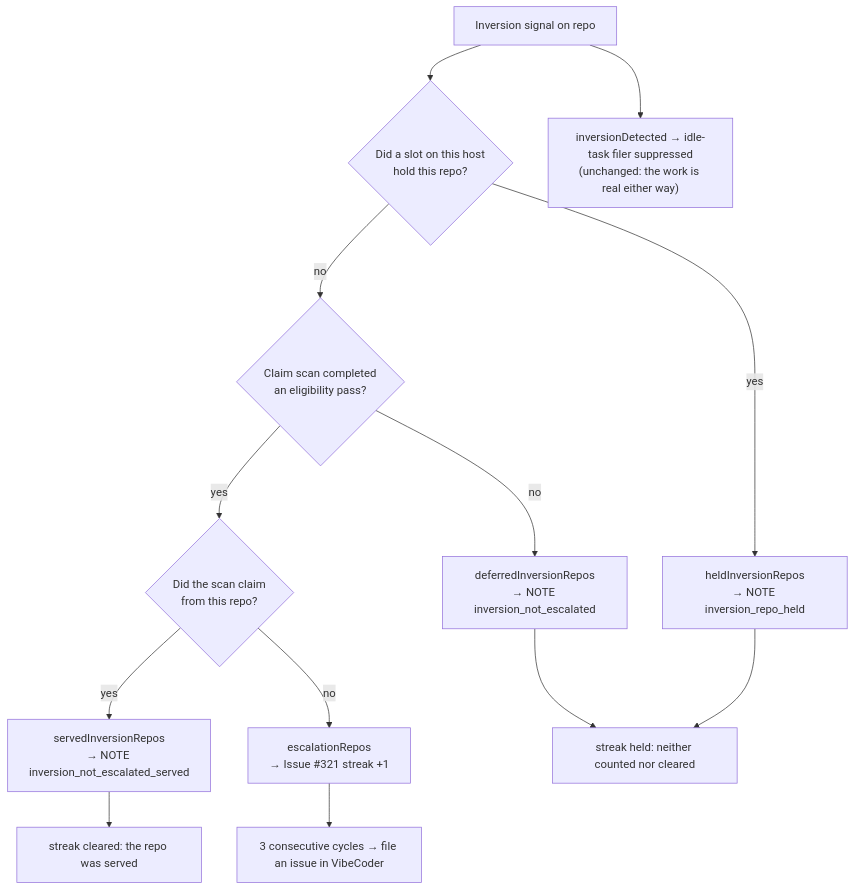
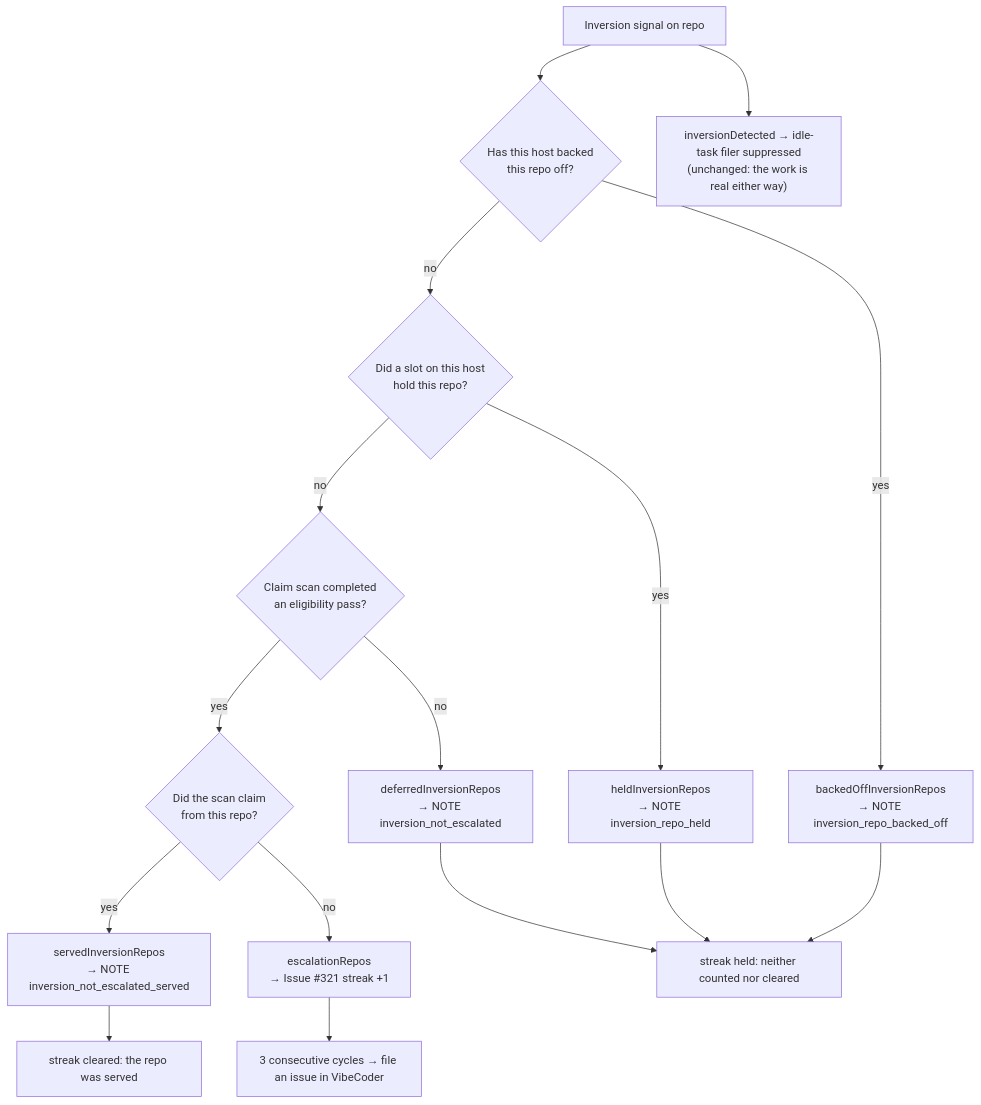
Before and after one commit to stSoftwareAU/VibeCoder: the seventh of 20 diagrams in docs/IDLE-TASK-FRAMEWORK.md, drawn with Mermaid. The commit also changed other lines of this file and 4 other files, not shown here.

First line of the commit message:
Tell the idle census which repos this host backed off (Issue #2085)

````diff
--- a/docs/IDLE-TASK-FRAMEWORK.md
+++ b/docs/IDLE-TASK-FRAMEWORK.md
@@ -1059,15 +1059,18 @@
 ```mermaid
 flowchart TD
-    S["Inversion signal on repo"] --> B{"Did a slot on this host<br/>hold this repo?"}
+    S["Inversion signal on repo"] --> A{"Has this host backed<br/>this repo off?"}
+    A -- yes --> N["backedOffInversionRepos<br/>→ NOTE inversion_repo_backed_off"]
+    A -- no --> B{"Did a slot on this host<br/>hold this repo?"}
     B -- yes --> G["heldInversionRepos<br/>→ NOTE inversion_repo_held"]
     B -- no --> C{"Claim scan completed<br/>an eligibility pass?"}
     C -- no --> D["deferredInversionRepos<br/>→ NOTE inversion_not_escalated"]
     C -- yes --> V{"Did the scan claim<br/>from this repo?"}
     V -- yes --> W["servedInversionRepos<br/>→ NOTE inversion_not_escalated_served"]
     V -- no --> E["escalationRepos<br/>→ Issue #321 streak +1"]
     E --> F["3 consecutive cycles → file an issue in VibeCoder"]
     D --> H["streak held: neither counted nor cleared"]
     G --> H
+    N --> H
     W --> H2["streak cleared: the repo was served"]
     S --> I["inversionDetected → idle-task filer suppressed<br/>(unchanged: the work is real either way)"]
 ```
````
